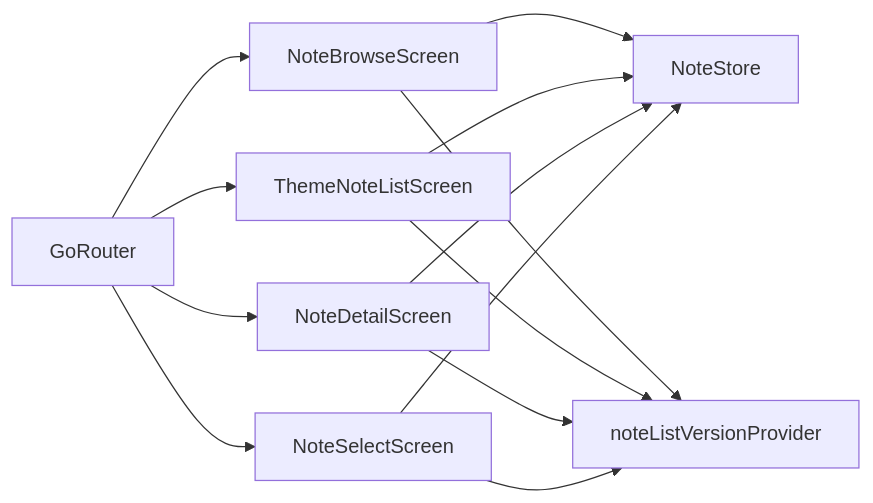
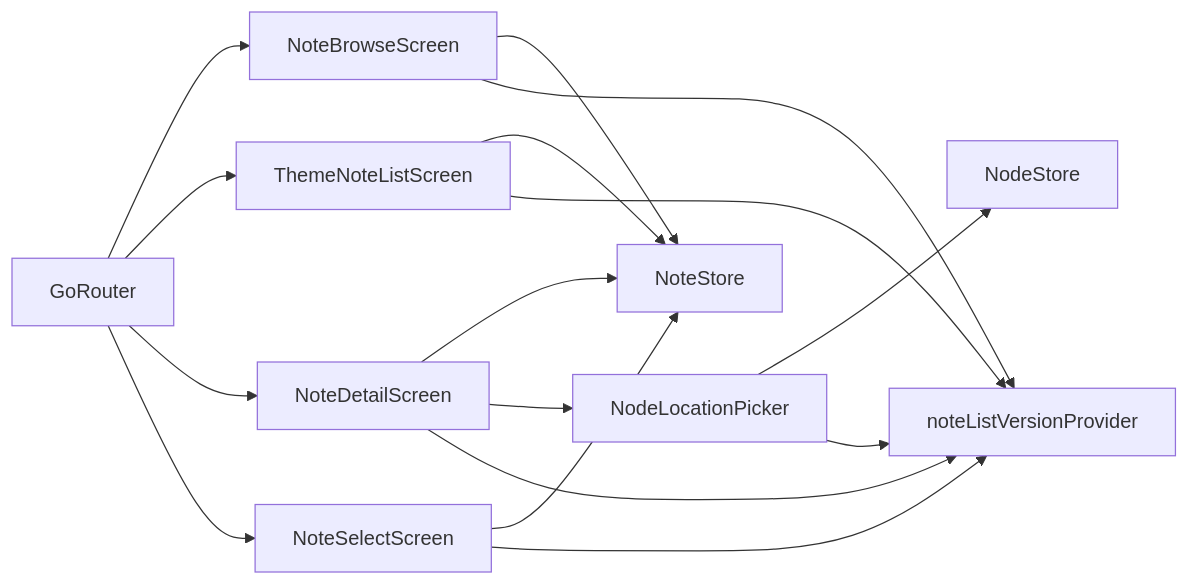
One commit to Ykworm/thktree changed the ninth of 9 diagrams in .qoder/repowiki/zh/content/核心功能模块/笔记系统/笔记系统.md. Above: the diagram before and after it, drawn with Mermaid. The commit also changed other lines of this file and 45 other files, not shown here.

````diff
--- a/.qoder/repowiki/zh/content/核心功能模块/笔记系统/笔记系统.md
+++ b/.qoder/repowiki/zh/content/核心功能模块/笔记系统/笔记系统.md
@@ -342,15 +473,18 @@
 ```mermaid
 graph LR
 Router["GoRouter"] --> NB["NoteBrowseScreen"]
 Router --> TN["ThemeNoteListScreen"]
 Router --> ND["NoteDetailScreen"]
 Router --> NS["NoteSelectScreen"]
 NB --> NSStore["NoteStore"]
 TN --> NSStore
 ND --> NSStore
 NS --> NSStore
+ND --> NLP["NodeLocationPicker"]
+NLP --> NodeStore["NodeStore"]
 NB --> VS["noteListVersionProvider"]
 TN --> VS
 ND --> VS
 NS --> VS
+NLP --> VS
 ```
````
